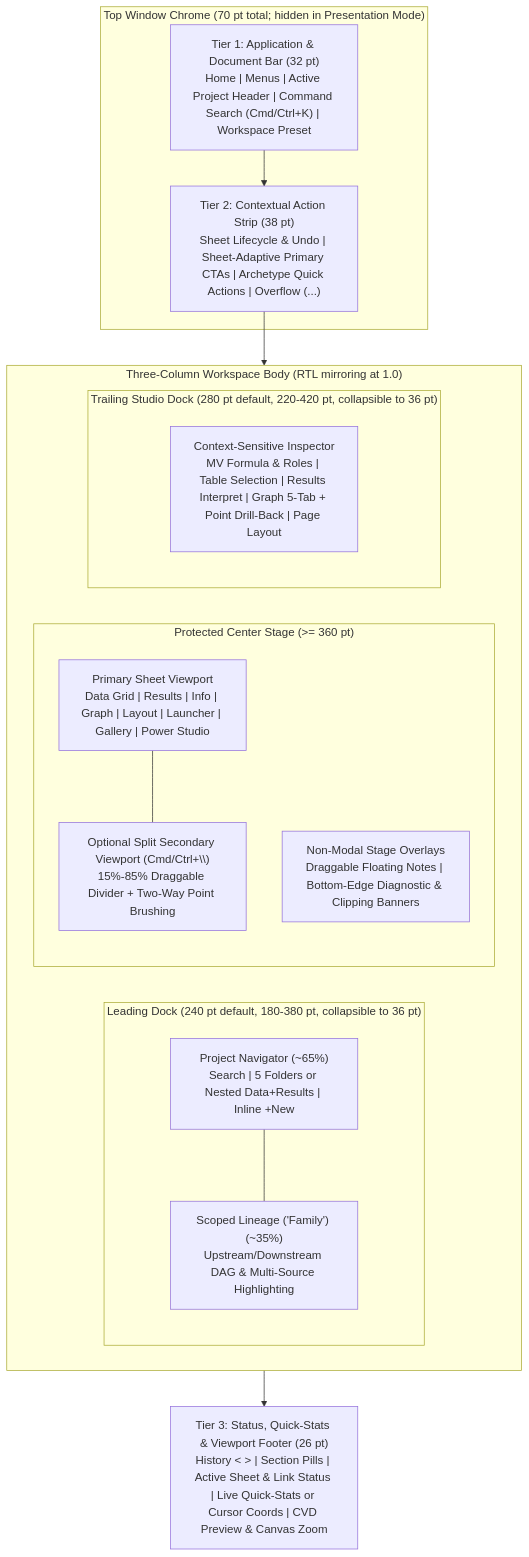
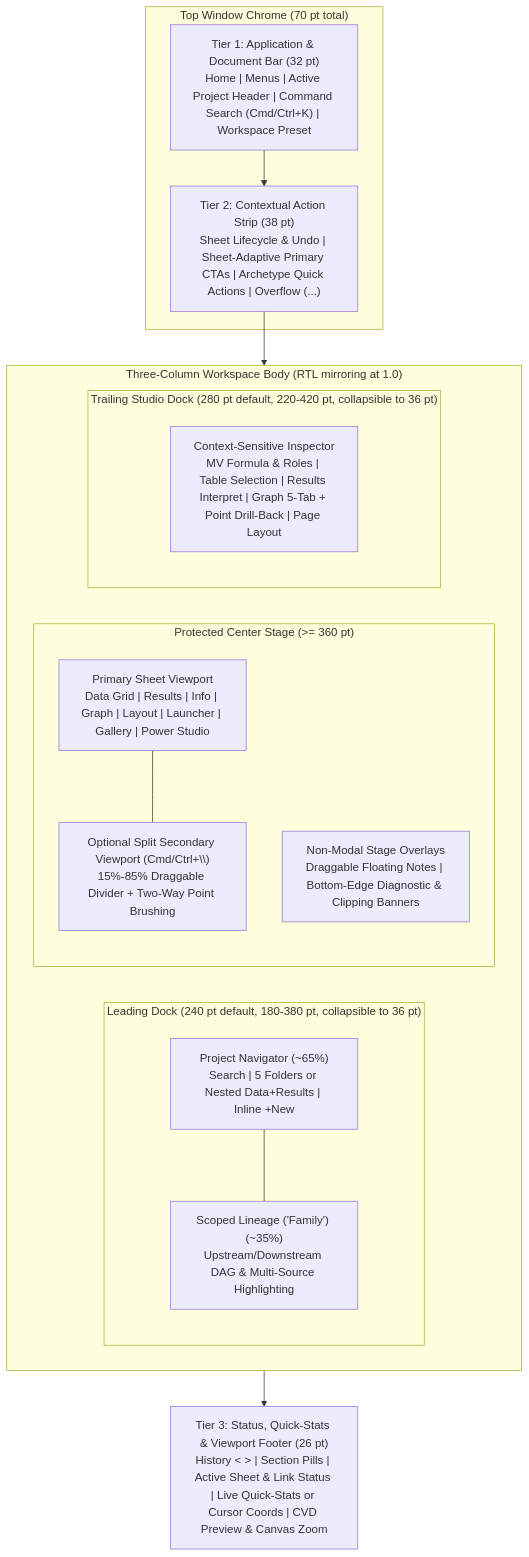
Before and after one commit to HauserGroup/curvebook: the diagram in docs/planning/gui-layout-spec.md, drawn with Mermaid. The commit also changed other lines of this file and 94 other files, not shown here.

````diff
--- a/docs/planning/gui-layout-spec.md
+++ b/docs/planning/gui-layout-spec.md
@@ -60,30 +60,30 @@
 ```mermaid
 flowchart TB
-    subgraph TopChrome["Top Window Chrome (70 pt total; hidden in Presentation Mode)"]
+    subgraph TopChrome["Top Window Chrome (70 pt total)"]
         AppBar["Tier 1: Application & Document Bar (32 pt)<br/>Home | Menus | Active Project Header | Command Search (Cmd/Ctrl+K) | Workspace Preset"]
         ActionStrip["Tier 2: Contextual Action Strip (38 pt)<br/>Sheet Lifecycle & Undo | Sheet-Adaptive Primary CTAs | Archetype Quick Actions | Overflow (...)"]
     end
 
     subgraph Body["Three-Column Workspace Body (RTL mirroring at 1.0)"]
         subgraph LeadingDock["Leading Dock (240 pt default, 180-380 pt, collapsible to 36 pt)"]
             NavTree["Project Navigator (~65%)<br/>Search | 5 Folders or Nested Data+Results | Inline +New"]
             FamilyDAG["Scoped Lineage ('Family') (~35%)<br/>Upstream/Downstream DAG & Multi-Source Highlighting"]
         end
 
         subgraph CenterStage["Protected Center Stage (>= 360 pt)"]
             PrimaryPane["Primary Sheet Viewport<br/>Data Grid | Results | Info | Graph | Layout | Launcher | Gallery | Power Studio"]
             SplitPane["Optional Split Secondary Viewport (Cmd/Ctrl+\\)<br/>15%-85% Draggable Divider + Two-Way Point Brushing"]
             Overlays["Non-Modal Stage Overlays<br/>Draggable Floating Notes | Bottom-Edge Diagnostic & Clipping Banners"]
         end
 
         subgraph TrailingDock["Trailing Studio Dock (280 pt default, 220-420 pt, collapsible to 36 pt)"]
             Studio["Context-Sensitive Inspector<br/>MV Formula & Roles | Table Selection | Results Interpret | Graph 5-Tab + Point Drill-Back | Page Layout"]
         end
     end
 
     Footer["Tier 3: Status, Quick-Stats & Viewport Footer (26 pt)<br/>History < > | Section Pills | Active Sheet & Link Status | Live Quick-Stats or Cursor Coords | CVD Preview & Canvas Zoom"]
 
     AppBar --> ActionStrip --> Body --> Footer
     NavTree --- FamilyDAG
     PrimaryPane --- SplitPane
 ```
````
